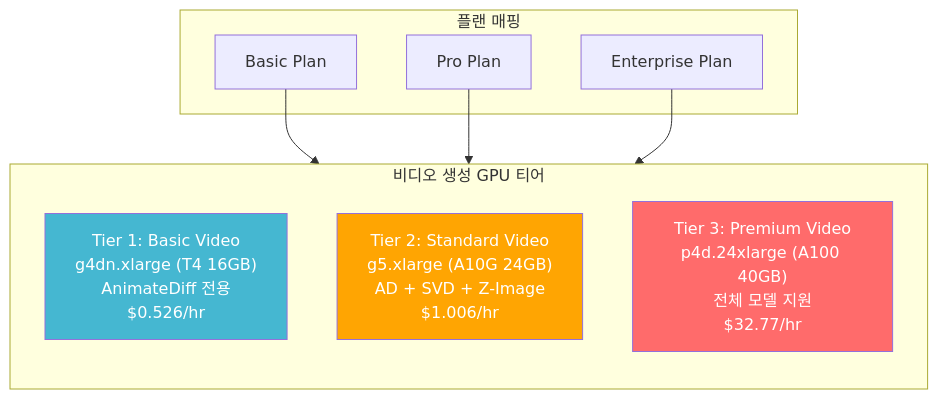
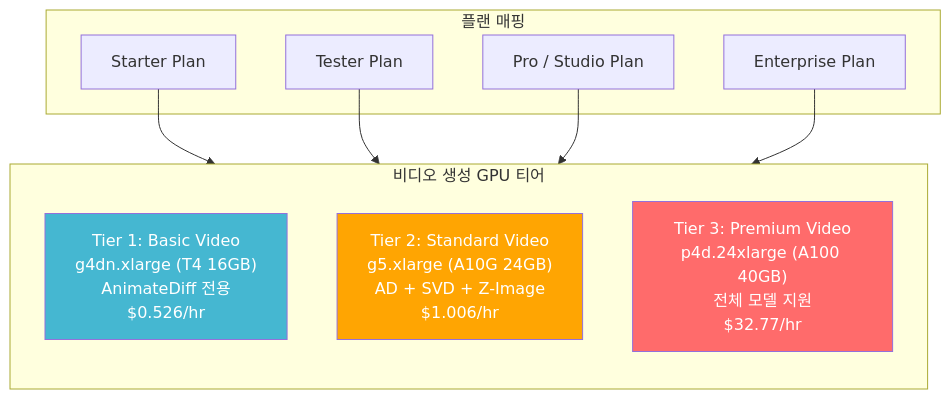
One commit to Pinksea-AI/InvokeAI changed the tenth of 14 diagrams in docs/saas-analysis/08_VIDEO_GENERATION_ANALYSIS.md. Above: the diagram before and after it, drawn with Mermaid. The commit also changed other lines of this file and 6 other files, not shown here.

````diff
--- a/docs/saas-analysis/08_VIDEO_GENERATION_ANALYSIS.md
+++ b/docs/saas-analysis/08_VIDEO_GENERATION_ANALYSIS.md
@@ -718,23 +723,25 @@
 ```mermaid
 graph TB
     subgraph "비디오 생성 GPU 티어"
         direction TB
         T1["Tier 1: Basic Video<br/>g4dn.xlarge (T4 16GB)<br/>AnimateDiff 전용<br/>$0.526/hr"]
         T2["Tier 2: Standard Video<br/>g5.xlarge (A10G 24GB)<br/>AD + SVD + Z-Image<br/>$1.006/hr"]
         T3["Tier 3: Premium Video<br/>p4d.24xlarge (A100 40GB)<br/>전체 모델 지원<br/>$32.77/hr"]
     end
 
     subgraph "플랜 매핑"
-        B["Basic Plan"]
-        P["Pro Plan"]
+        S["Starter Plan"]
+        P["Pro / Studio Plan"]
         E["Enterprise Plan"]
+        TS["Tester Plan"]
     end
 
-    B --> T1
+    S --> T1
+    TS --> T1
     P --> T2
     E --> T3
 
     style T1 fill:#45b7d1,color:#fff
     style T2 fill:#ffa502,color:#fff
     style T3 fill:#ff6b6b,color:#fff
 ```
````
